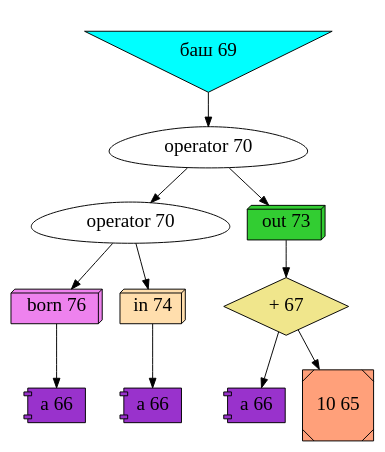
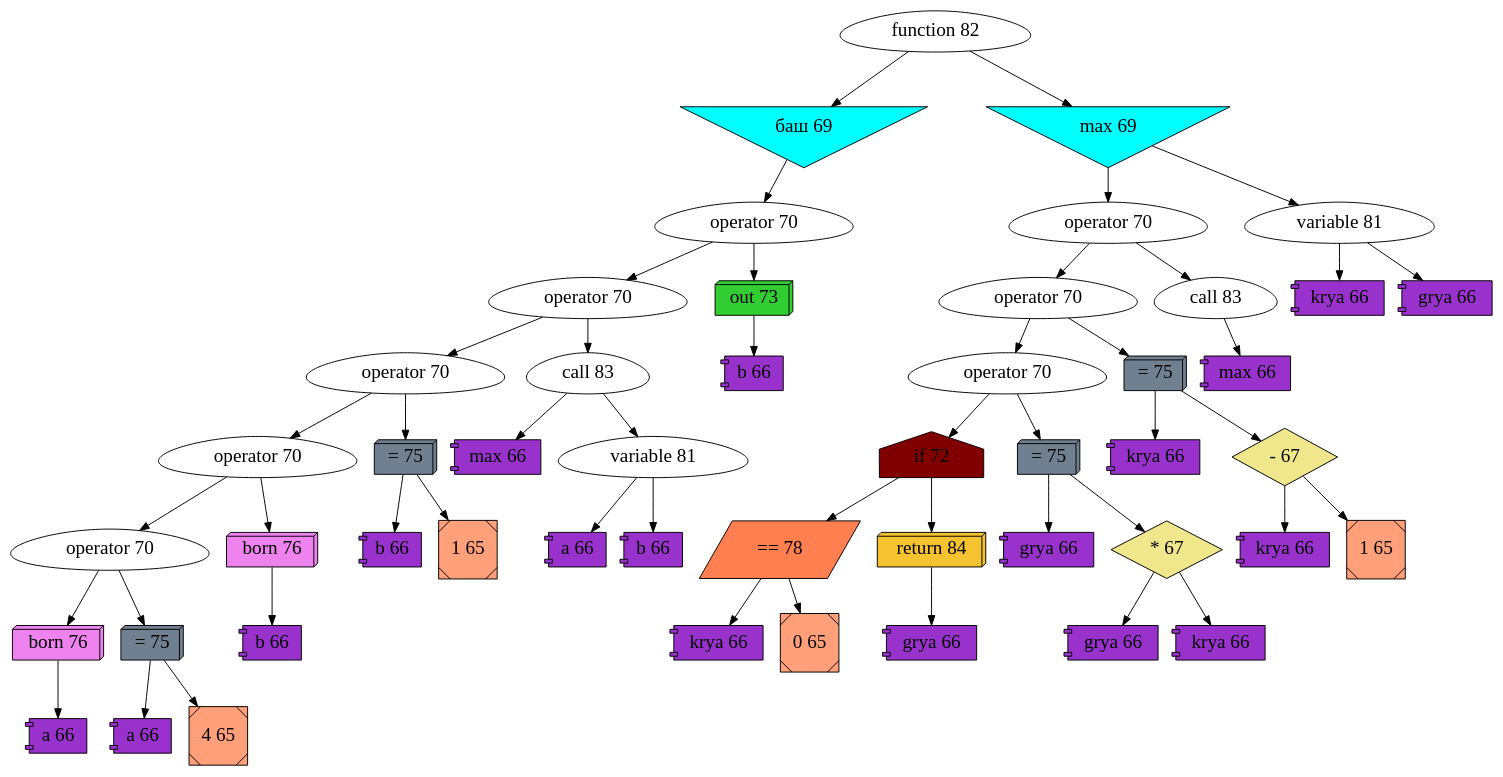
Before and after one commit to Arv1k/2_sem: the diagram in binary_trans/Language/dott.dot, drawn with Graphviz. The commit also changed 16 other files, not shown here.

```diff
--- a/binary_trans/Language/dott.dot
+++ b/binary_trans/Language/dott.dot
@@ -1,25 +1,101 @@
 digraph {
 	node[color = "#000000", fontsize = 20];
 	edge[color = "#000000", fontsize = 20];
-		hey0[label = "баш 69", shape = "invtriangle", color="#000000", style="filled", fillcolor = "#00FFFF"];
+		hey0[label = "function 82", shape = "egg", color="#000000", style="filled", fillcolor = "#FFFFFF"];
 		hey0->hey1;
-		hey1[label = "operator 70", shape = "egg", color="#000000", style="filled", fillcolor = "#FFFFFF"];
+		hey1[label = "баш 69", shape = "invtriangle", color="#000000", style="filled", fillcolor = "#00FFFF"];
 		hey1->hey2;
 		hey2[label = "operator 70", shape = "egg", color="#000000", style="filled", fillcolor = "#FFFFFF"];
 		hey2->hey3;
-		hey3[label = "born 76", shape = "box3d", color="#000000", style="filled", fillcolor = "#EE82EE"];
+		hey3[label = "operator 70", shape = "egg", color="#000000", style="filled", fillcolor = "#FFFFFF"];
 		hey3->hey4;
-		hey4[label = "a 66", shape = "component", color="#000000", style="filled", fillcolor = "#9932CC"];
-		hey2->hey5;
-		hey5[label = "in 74", shape = "box3d", color="#000000", style="filled", fillcolor = "#FFDEAD"];
+		hey4[label = "operator 70", shape = "egg", color="#000000", style="filled", fillcolor = "#FFFFFF"];
+		hey4->hey5;
+		hey5[label = "operator 70", shape = "egg", color="#000000", style="filled", fillcolor = "#FFFFFF"];
 		hey5->hey6;
-		hey6[label = "a 66", shape = "component", color="#000000", style="filled", fillcolor = "#9932CC"];
-		hey1->hey7;
-		hey7[label = "out 73", shape = "box3d", color="#000000", style="filled", fillcolor = "#32CD32"];
+		hey6[label = "operator 70", shape = "egg", color="#000000", style="filled", fillcolor = "#FFFFFF"];
+		hey6->hey7;
+		hey7[label = "born 76", shape = "box3d", color="#000000", style="filled", fillcolor = "#EE82EE"];
 		hey7->hey8;
-		hey8[label = "+ 67", shape = "diamond", color="#000000", style="filled", fillcolor = "#F0E68C"];
-		hey8->hey9;
-		hey9[label = "a 66", shape = "component", color="#000000", style="filled", fillcolor = "#9932CC"];
-		hey8->hey10;
-		hey10[label = "10 65", shape = "Msquare", color="#000000", style="filled", fillcolor = "#FFA07A"];
+		hey8[label = "a 66", shape = "component", color="#000000", style="filled", fillcolor = "#9932CC"];
+		hey6->hey9;
+		hey9[label = "= 75", shape = "box3d", color="#000000", style="filled", fillcolor = "#708090"];
+		hey9->hey10;
+		hey10[label = "a 66", shape = "component", color="#000000", style="filled", fillcolor = "#9932CC"];
+		hey9->hey11;
+		hey11[label = "4 65", shape = "Msquare", color="#000000", style="filled", fillcolor = "#FFA07A"];
+		hey5->hey12;
+		hey12[label = "born 76", shape = "box3d", color="#000000", style="filled", fillcolor = "#EE82EE"];
+		hey12->hey13;
+		hey13[label = "b 66", shape = "component", color="#000000", style="filled", fillcolor = "#9932CC"];
+		hey4->hey14;
+		hey14[label = "= 75", shape = "box3d", color="#000000", style="filled", fillcolor = "#708090"];
+		hey14->hey15;
+		hey15[label = "b 66", shape = "component", color="#000000", style="filled", fillcolor = "#9932CC"];
+		hey14->hey16;
+		hey16[label = "1 65", shape = "Msquare", color="#000000", style="filled", fillcolor = "#FFA07A"];
+		hey3->hey17;
+		hey17[label = "call 83", shape = "egg", color="#000000", style="filled", fillcolor = "#FFFFFF"];
+		hey17->hey18;
+		hey18[label = "max 66", shape = "component", color="#000000", style="filled", fillcolor = "#9932CC"];
+		hey17->hey19;
+		hey19[label = "variable 81", shape = "egg", color="#000000", style="filled", fillcolor = "#FFFFFF"];
+		hey19->hey20;
+		hey20[label = "a 66", shape = "component", color="#000000", style="filled", fillcolor = "#9932CC"];
+		hey19->hey21;
+		hey21[label = "b 66", shape = "component", color="#000000", style="filled", fillcolor = "#9932CC"];
+		hey2->hey22;
+		hey22[label = "out 73", shape = "box3d", color="#000000", style="filled", fillcolor = "#32CD32"];
+		hey22->hey23;
+		hey23[label = "b 66", shape = "component", color="#000000", style="filled", fillcolor = "#9932CC"];
+		hey0->hey24;
+		hey24[label = "max 69", shape = "invtriangle", color="#000000", style="filled", fillcolor = "#00FFFF"];
+		hey24->hey25;
+		hey25[label = "operator 70", shape = "egg", color="#000000", style="filled", fillcolor = "#FFFFFF"];
+		hey25->hey26;
+		hey26[label = "operator 70", shape = "egg", color="#000000", style="filled", fillcolor = "#FFFFFF"];
+		hey26->hey27;
+		hey27[label = "operator 70", shape = "egg", color="#000000", style="filled", fillcolor = "#FFFFFF"];
+		hey27->hey28;
+		hey28[label = "if 72", shape = "house", color="#000000", style="filled", fillcolor = "#800000"];
+		hey28->hey29;
+		hey29[label = "== 78", shape = "parallelogram", color="#000000", style="filled", fillcolor = "#FF7F50"];
+		hey29->hey30;
+		hey30[label = "krya 66", shape = "component", color="#000000", style="filled", fillcolor = "#9932CC"];
+		hey29->hey31;
+		hey31[label = "0 65", shape = "Msquare", color="#000000", style="filled", fillcolor = "#FFA07A"];
+		hey28->hey32;
+		hey32[label = "return 84", shape = "box3d", color="#000000", style="filled", fillcolor = "#F5C32F"];
+		hey32->hey33;
+		hey33[label = "grya 66", shape = "component", color="#000000", style="filled", fillcolor = "#9932CC"];
+		hey27->hey34;
+		hey34[label = "= 75", shape = "box3d", color="#000000", style="filled", fillcolor = "#708090"];
+		hey34->hey35;
+		hey35[label = "grya 66", shape = "component", color="#000000", style="filled", fillcolor = "#9932CC"];
+		hey34->hey36;
+		hey36[label = "* 67", shape = "diamond", color="#000000", style="filled", fillcolor = "#F0E68C"];
+		hey36->hey37;
+		hey37[label = "grya 66", shape = "component", color="#000000", style="filled", fillcolor = "#9932CC"];
+		hey36->hey38;
+		hey38[label = "krya 66", shape = "component", color="#000000", style="filled", fillcolor = "#9932CC"];
+		hey26->hey39;
+		hey39[label = "= 75", shape = "box3d", color="#000000", style="filled", fillcolor = "#708090"];
+		hey39->hey40;
+		hey40[label = "krya 66", shape = "component", color="#000000", style="filled", fillcolor = "#9932CC"];
+		hey39->hey41;
+		hey41[label = "- 67", shape = "diamond", color="#000000", style="filled", fillcolor = "#F0E68C"];
+		hey41->hey42;
+		hey42[label = "krya 66", shape = "component", color="#000000", style="filled", fillcolor = "#9932CC"];
+		hey41->hey43;
+		hey43[label = "1 65", shape = "Msquare", color="#000000", style="filled", fillcolor = "#FFA07A"];
+		hey25->hey44;
+		hey44[label = "call 83", shape = "egg", color="#000000", style="filled", fillcolor = "#FFFFFF"];
+		hey44->hey45;
+		hey45[label = "max 66", shape = "component", color="#000000", style="filled", fillcolor = "#9932CC"];
+		hey24->hey46;
+		hey46[label = "variable 81", shape = "egg", color="#000000", style="filled", fillcolor = "#FFFFFF"];
+		hey46->hey47;
+		hey47[label = "krya 66", shape = "component", color="#000000", style="filled", fillcolor = "#9932CC"];
+		hey46->hey48;
+		hey48[label = "grya 66", shape = "component", color="#000000", style="filled", fillcolor = "#9932CC"];
 }
```
